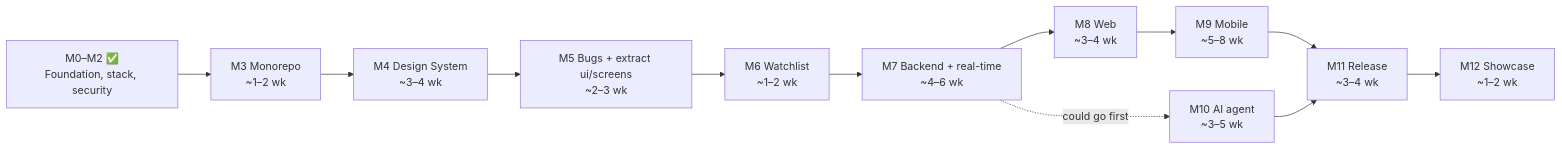
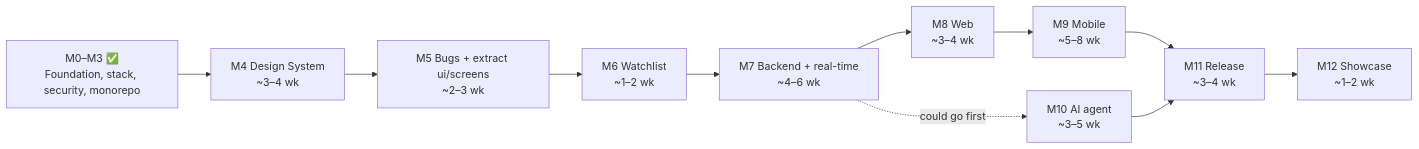
The diagram in docs/ROADMAP.md (orlandovallejos/electron-theater), drawn with Mermaid before and after one commit. The commit also changed other lines of this file and 4 other files, not shown here.

````diff
--- a/docs/ROADMAP.md
+++ b/docs/ROADMAP.md
@@ -178,20 +180,19 @@
 ```mermaid
 flowchart LR
-  done["M0–M2 ✅<br/>Foundation, stack, security"]
-  m3["M3 Monorepo<br/>~1–2 wk"]
+  done["M0–M3 ✅<br/>Foundation, stack, security, monorepo"]
   m4["M4 Design System<br/>~3–4 wk"]
   m5["M5 Bugs + extract ui/screens<br/>~2–3 wk"]
   m6["M6 Watchlist<br/>~1–2 wk"]
   m7["M7 Backend + real-time<br/>~4–6 wk"]
   m8["M8 Web<br/>~3–4 wk"]
   m9["M9 Mobile<br/>~5–8 wk"]
   m10["M10 AI agent<br/>~3–5 wk"]
   m11["M11 Release<br/>~3–4 wk"]
   m12["M12 Showcase<br/>~1–2 wk"]
 
-  done --> m3 --> m4 --> m5 --> m6 --> m7
+  done --> m4 --> m5 --> m6 --> m7
   m7 --> m8 --> m9 --> m11
   m7 -.->|"could go first"| m10
   m10 --> m11
   m11 --> m12
 ```
````
